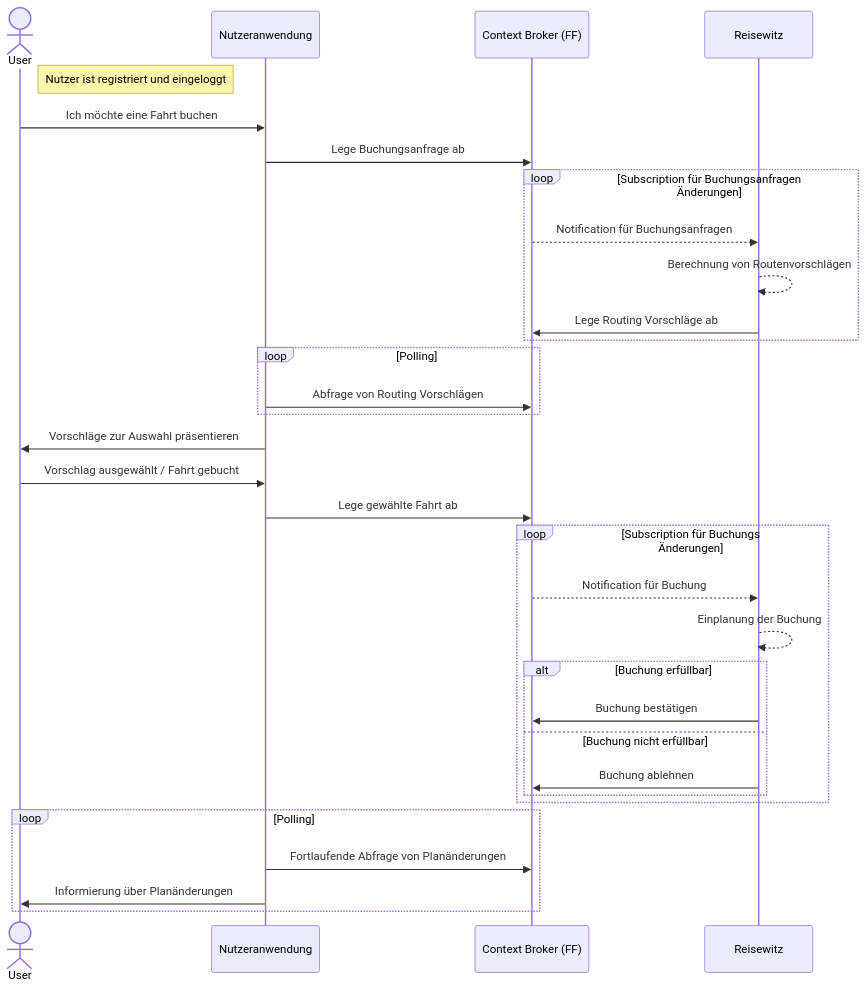
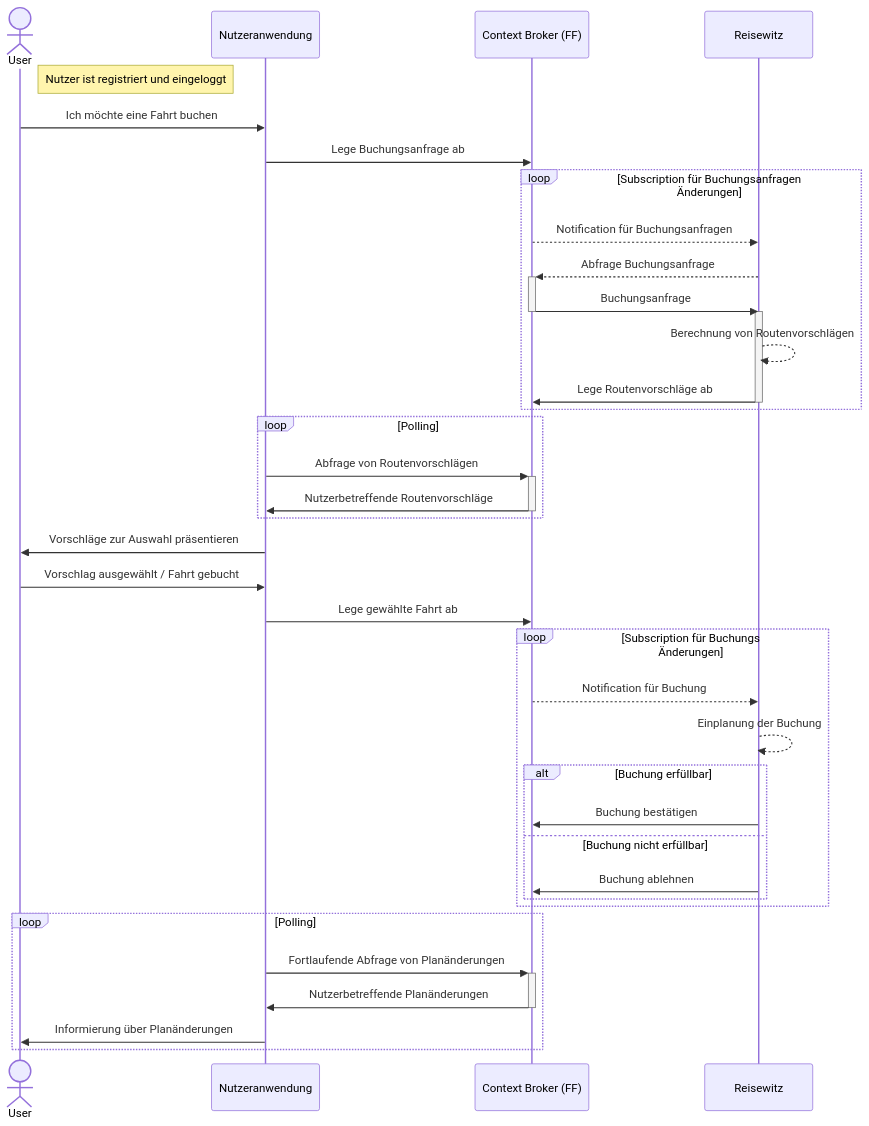
The diagram in README.md (NeMo-bil/documentation), drawn with Mermaid before and after one commit.

````diff
--- a/README.md
+++ b/README.md
@@ -8,43 +8,52 @@
 ```mermaid
 sequenceDiagram
 %% auskommentieren wenn wir Details zur Kommunikation aufschreiben
 %% autonumber
 %% Benutzer definieren
 actor User
 %% technische Teilnehmer/Componenten definieren
 participant App as Nutzeranwendung
 participant CB as Context Broker (FF)
 participant RW as Reisewitz
 
 Note right of User: Nutzer ist registriert und eingeloggt
 User->>App: Ich möchte eine Fahrt buchen
 App->>CB: Lege Buchungsanfrage ab
 loop Subscription für Buchungsanfragen Änderungen
 CB-->>RW: Notification für Buchungsanfragen
+RW-->>+CB: Abfrage Buchungsanfrage
+
+CB->>-RW: Buchungsanfrage
+
+
+activate RW
 RW-->>RW: Berechnung von Routenvorschlägen
-RW->>CB: Lege Routing Vorschläge ab
+RW->>CB: Lege Routenvorschläge ab
+deactivate RW
 end
 
 loop Polling
-App->>CB: Abfrage von Routing Vorschlägen 
+App->>+CB: Abfrage von Routenvorschlägen
+CB->>-App: Nutzerbetreffende Routenvorschläge
 end
 
 App->>User: Vorschläge zur Auswahl präsentieren
 User->>App: Vorschlag ausgewählt / Fahrt gebucht
 App->>CB: Lege gewählte Fahrt ab
 
 loop Subscription für Buchungs Änderungen
 CB-->>RW: Notification für Buchung
 RW-->>RW: Einplanung der Buchung
     alt Buchung erfüllbar
             RW->>CB:  Buchung bestätigen
     else Buchung nicht erfüllbar
             RW->>CB:  Buchung ablehnen
     end
 end
 
 loop Polling
-App->>CB: Fortlaufende Abfrage von Planänderungen
+App->>+CB: Fortlaufende Abfrage von Planänderungen
+CB->>-App: Nutzerbetreffende Planänderungen
 App->>User: Informierung über Planänderungen
 end
 ```
````
